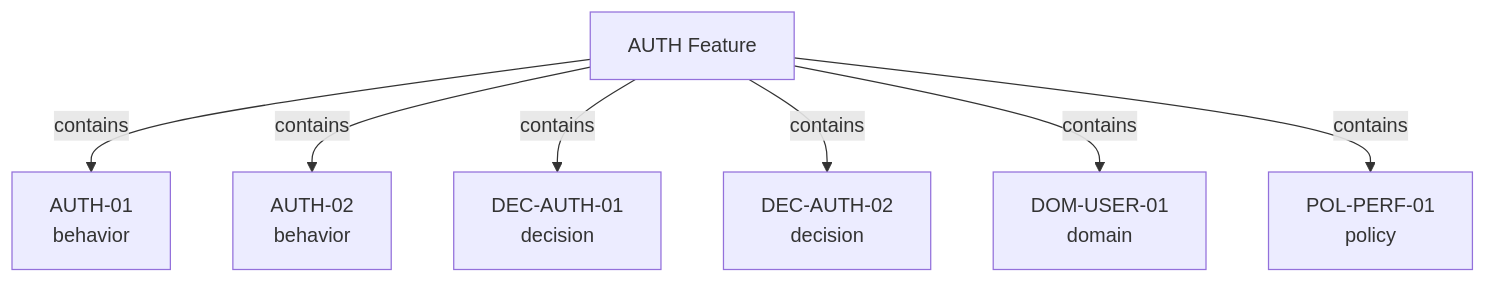
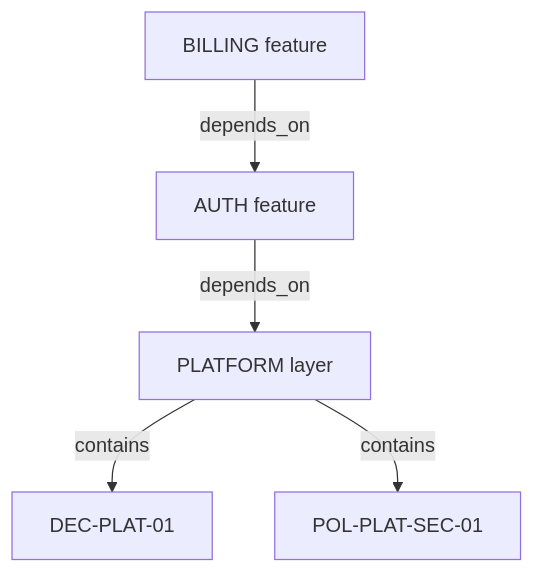
The diagram in website/docs/graph/features-and-namespaces.md (oco-adam/specgraph), drawn with Mermaid before and after one commit. The commit also changed other lines of this file and 40 other files, not shown here.

Commit message:
Implement layer node v2 semantics across schema tooling and docs

````diff
--- a/website/docs/graph/features-and-namespaces.md
+++ b/website/docs/graph/features-and-namespaces.md
@@ -30,9 +58,7 @@
 ```mermaid
 graph TD
-    AUTH[AUTH Feature] -->|contains| B1[AUTH-01<br/>behavior]
-    AUTH -->|contains| B2[AUTH-02<br/>behavior]
-    AUTH -->|contains| D1[DEC-AUTH-01<br/>decision]
-    AUTH -->|contains| D2[DEC-AUTH-02<br/>decision]
-    AUTH -->|contains| DOM[DOM-USER-01<br/>domain]
-    AUTH -->|contains| POL[POL-PERF-01<br/>policy]
+    AUTH[AUTH feature] -->|depends_on| PLATFORM[PLATFORM layer]
+    BILLING[BILLING feature] -->|depends_on| AUTH
+    PLATFORM -->|contains| DEC[DEC-PLAT-01]
+    PLATFORM -->|contains| POL[POL-PLAT-SEC-01]
 ```
````
